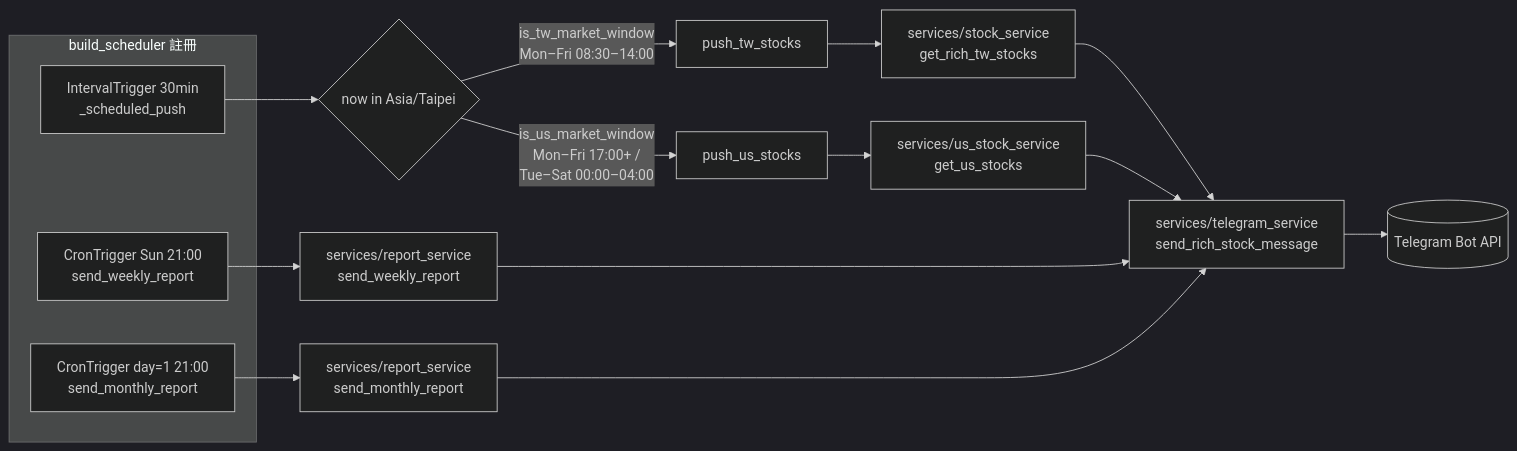
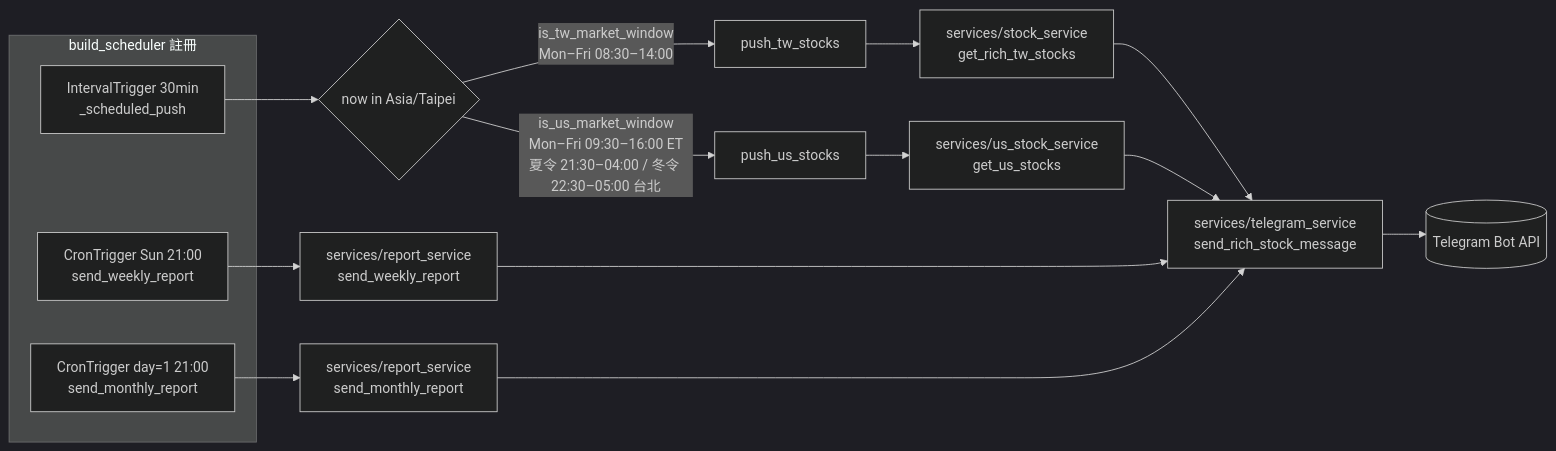
Before and after one commit to Josephmtsai/fastApiStock: the third of 7 diagrams in docs/architecture.md, drawn with Mermaid (dark theme). The commit also changed other lines of this file and 7 other files, not shown here.

````diff
--- a/docs/architecture.md
+++ b/docs/architecture.md
@@ -214,24 +214,24 @@
 ```mermaid
 flowchart LR
     subgraph JOBS[build_scheduler 註冊]
         J1[IntervalTrigger 30min<br/>_scheduled_push]
         J2[CronTrigger Sun 21:00<br/>send_weekly_report]
         J3[CronTrigger day=1 21:00<br/>send_monthly_report]
     end
 
     J1 --> TICK{now in Asia/Taipei}
     TICK -->|is_tw_market_window<br/>Mon–Fri 08:30–14:00| PUSH_TW[push_tw_stocks]
-    TICK -->|is_us_market_window<br/>Mon–Fri 17:00+ /<br/>Tue–Sat 00:00–04:00| PUSH_US[push_us_stocks]
+    TICK -->|is_us_market_window<br/>Mon–Fri 09:30–16:00 ET<br/>夏令 21:30–04:00 / 冬令 22:30–05:00 台北| PUSH_US[push_us_stocks]
 
     PUSH_TW --> SS[services/stock_service<br/>get_rich_tw_stocks]
     PUSH_US --> USS[services/us_stock_service<br/>get_us_stocks]
     SS --> TS[services/telegram_service<br/>send_rich_stock_message]
     USS --> TS
 
     J2 --> RS[services/report_service<br/>send_weekly_report]
     J3 --> RS2[services/report_service<br/>send_monthly_report]
     RS --> TS
     RS2 --> TS
 
     TS --> TG[(Telegram Bot API)]
 ```
````
